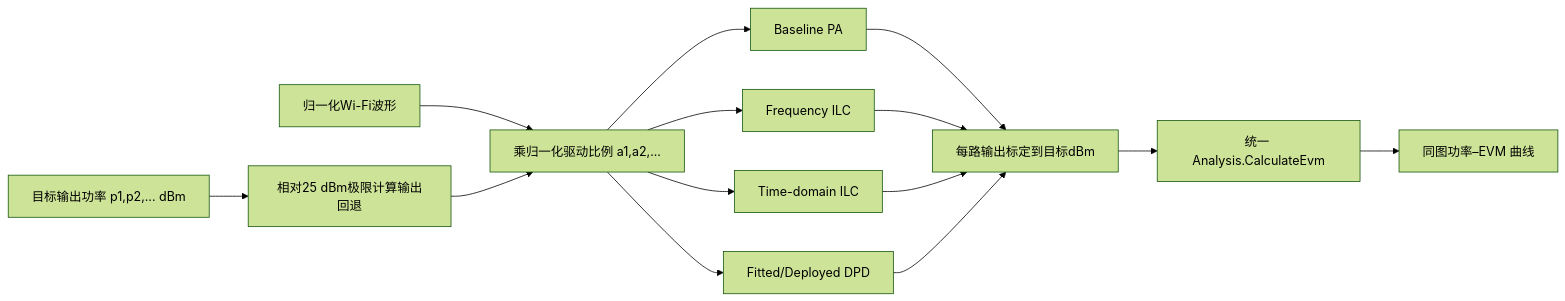
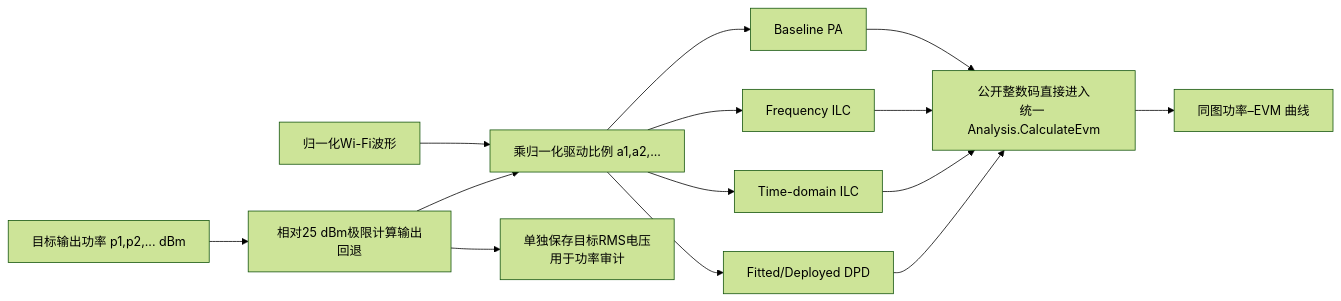
Before and after one commit to niyilu45/DPD_ILC: the eighth of 9 diagrams in doc/Analysis.md, drawn with Mermaid (forest theme). The commit also changed other lines of this file and 17 other files, not shown here.

````diff
--- a/doc/Analysis.md
+++ b/doc/Analysis.md
@@ -1358,16 +1360,16 @@
 ```mermaid
 flowchart LR
     P["目标输出功率 p1,p2,... dBm"] --> K["相对25 dBm极限计算输出回退"]
     A["归一化Wi-Fi波形"] --> B["乘归一化驱动比例 a1,a2,..."]
     K --> B
     B --> C1["Baseline PA"]
     B --> C2["Frequency ILC"]
     B --> C3["Time-domain ILC"]
     B --> C4["Fitted/Deployed DPD"]
-    C1 --> G["每路输出标定到目标dBm"]
-    C2 --> G
-    C3 --> G
-    C4 --> G
-    G --> D["统一 Analysis.CalculateEvm"]
+    C1 --> D["公开整数码直接进入<br/>统一 Analysis.CalculateEvm"]
+    C2 --> D
+    C3 --> D
+    C4 --> D
+    K --> G["单独保存目标RMS电压<br/>用于功率审计"]
     D --> E["同图功率–EVM 曲线"]
 ```
````
